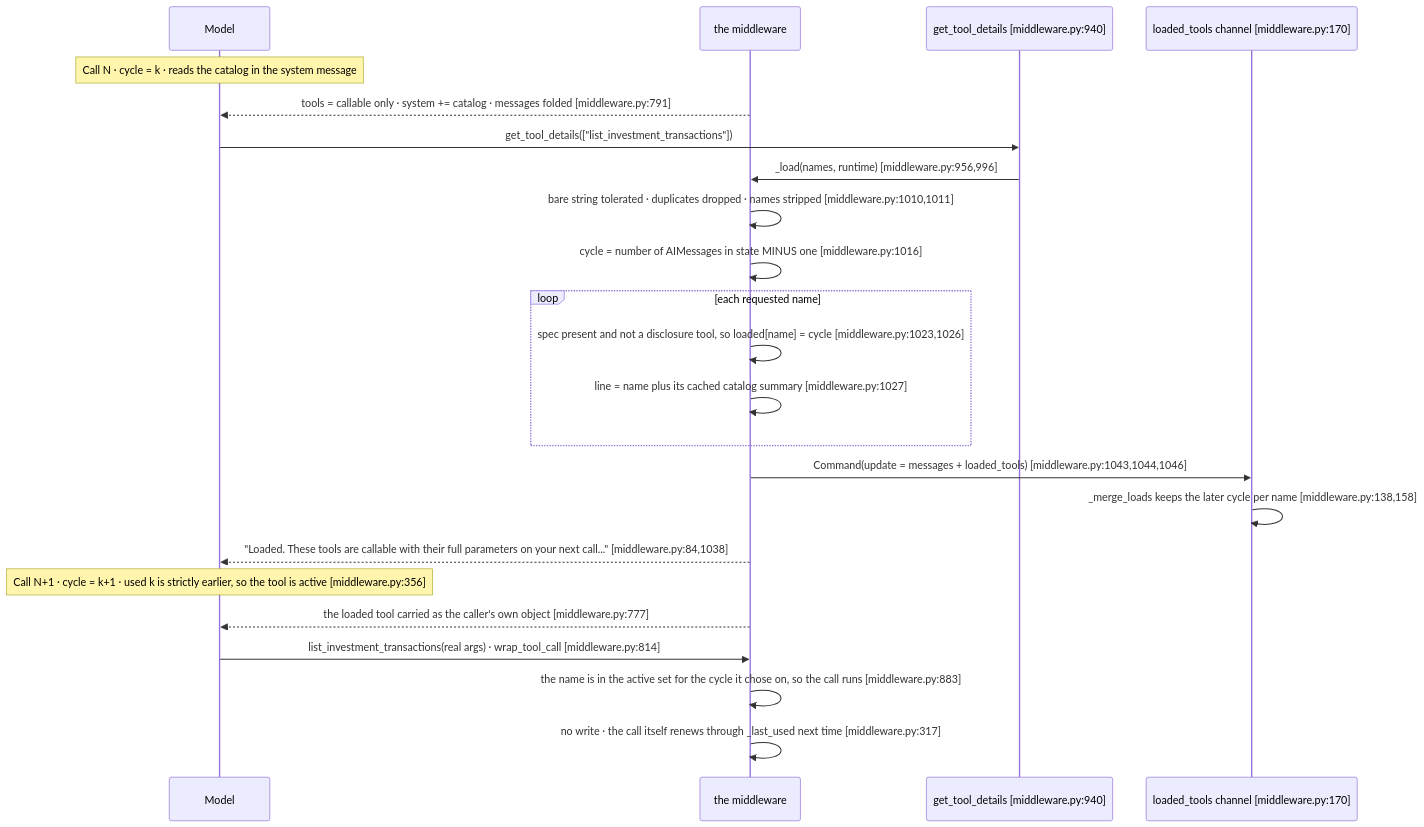
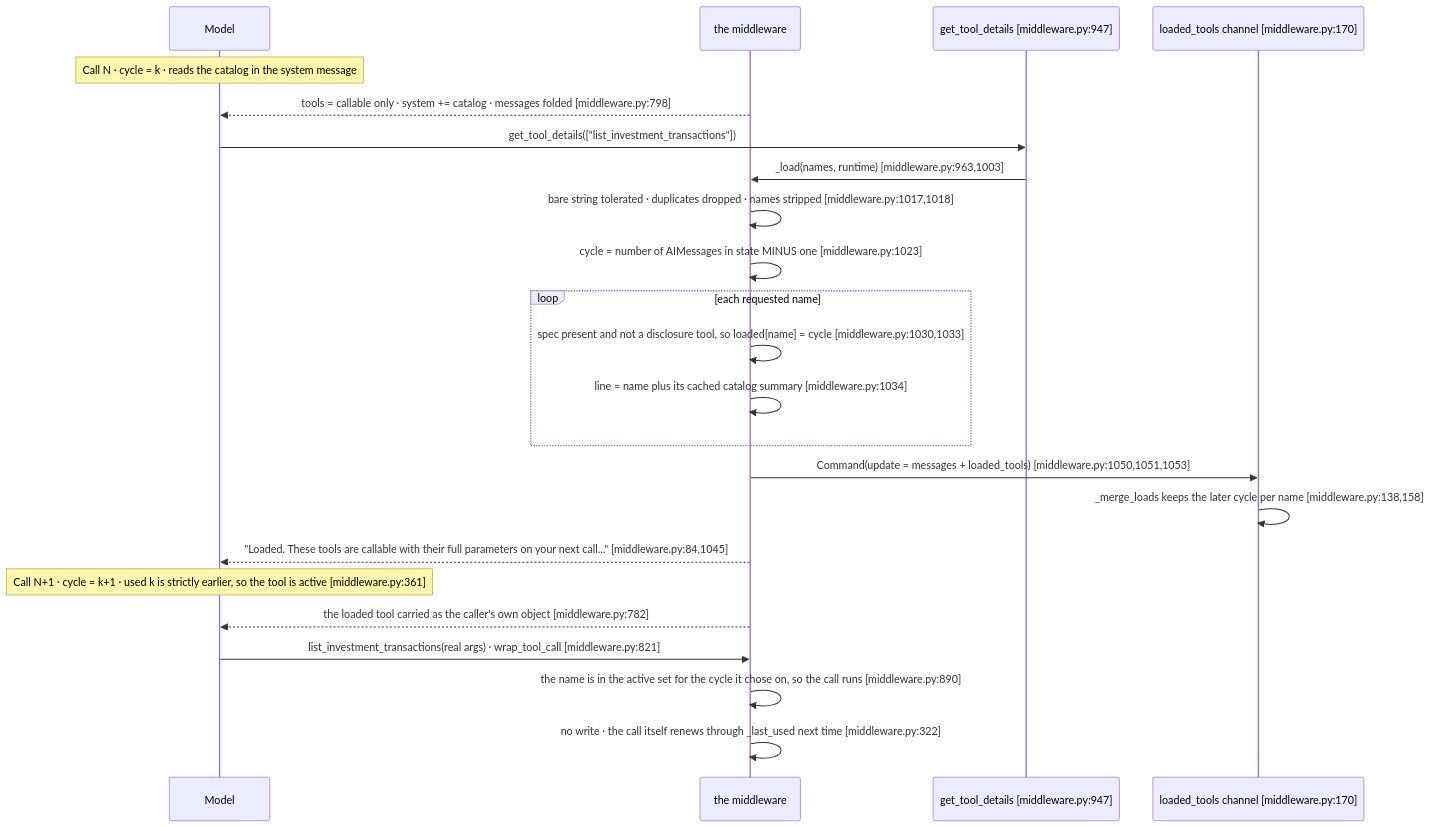
Before and after one commit to aws-samples/sample-context-engineering: the fourth of 7 diagrams in docs/design/sequence/langgraph/sequence-b-disclosure.md, drawn with Mermaid. The commit also changed other lines of this file and 4 other files, not shown here.

First line of the commit message:
docs(langgraph): benchmark result and diagrams re-anchored to the final code

````diff
--- a/docs/design/sequence/langgraph/sequence-b-disclosure.md
+++ b/docs/design/sequence/langgraph/sequence-b-disclosure.md
@@ -588,26 +651,26 @@
 ```mermaid
 sequenceDiagram
     participant Model
     participant MW as the middleware
-    participant Tool as get_tool_details [middleware.py:940]
+    participant Tool as get_tool_details [middleware.py:947]
     participant State as loaded_tools channel [middleware.py:170]
 
     Note over Model: Call N · cycle = k · reads the catalog in the system message
-    MW-->>Model: tools = callable only · system += catalog · messages folded [middleware.py:791]
+    MW-->>Model: tools = callable only · system += catalog · messages folded [middleware.py:798]
     Model->>Tool: get_tool_details(["list_investment_transactions"])
-    Tool->>MW: _load(names, runtime) [middleware.py:956,996]
-    MW->>MW: bare string tolerated · duplicates dropped · names stripped [middleware.py:1010,1011]
-    MW->>MW: cycle = number of AIMessages in state MINUS one [middleware.py:1016]
+    Tool->>MW: _load(names, runtime) [middleware.py:963,1003]
+    MW->>MW: bare string tolerated · duplicates dropped · names stripped [middleware.py:1017,1018]
+    MW->>MW: cycle = number of AIMessages in state MINUS one [middleware.py:1023]
     loop each requested name
-        MW->>MW: spec present and not a disclosure tool, so loaded[name] = cycle [middleware.py:1023,1026]
-        MW->>MW: line = name plus its cached catalog summary [middleware.py:1027]
+        MW->>MW: spec present and not a disclosure tool, so loaded[name] = cycle [middleware.py:1030,1033]
+        MW->>MW: line = name plus its cached catalog summary [middleware.py:1034]
     end
-    MW->>State: Command(update = messages + loaded_tools) [middleware.py:1043,1044,1046]
+    MW->>State: Command(update = messages + loaded_tools) [middleware.py:1050,1051,1053]
     State->>State: _merge_loads keeps the later cycle per name [middleware.py:138,158]
-    MW-->>Model: "Loaded. These tools are callable with their full parameters on your next call..." [middleware.py:84,1038]
-    Note over Model: Call N+1 · cycle = k+1 · used k is strictly earlier, so the tool is active [middleware.py:356]
-    MW-->>Model: the loaded tool carried as the caller's own object [middleware.py:777]
-    Model->>MW: list_investment_transactions(real args) · wrap_tool_call [middleware.py:814]
-    MW->>MW: the name is in the active set for the cycle it chose on, so the call runs [middleware.py:883]
-    MW->>MW: no write · the call itself renews through _last_used next time [middleware.py:317]
+    MW-->>Model: "Loaded. These tools are callable with their full parameters on your next call..." [middleware.py:84,1045]
+    Note over Model: Call N+1 · cycle = k+1 · used k is strictly earlier, so the tool is active [middleware.py:361]
+    MW-->>Model: the loaded tool carried as the caller's own object [middleware.py:782]
+    Model->>MW: list_investment_transactions(real args) · wrap_tool_call [middleware.py:821]
+    MW->>MW: the name is in the active set for the cycle it chose on, so the call runs [middleware.py:890]
+    MW->>MW: no write · the call itself renews through _last_used next time [middleware.py:322]
 ```
````
